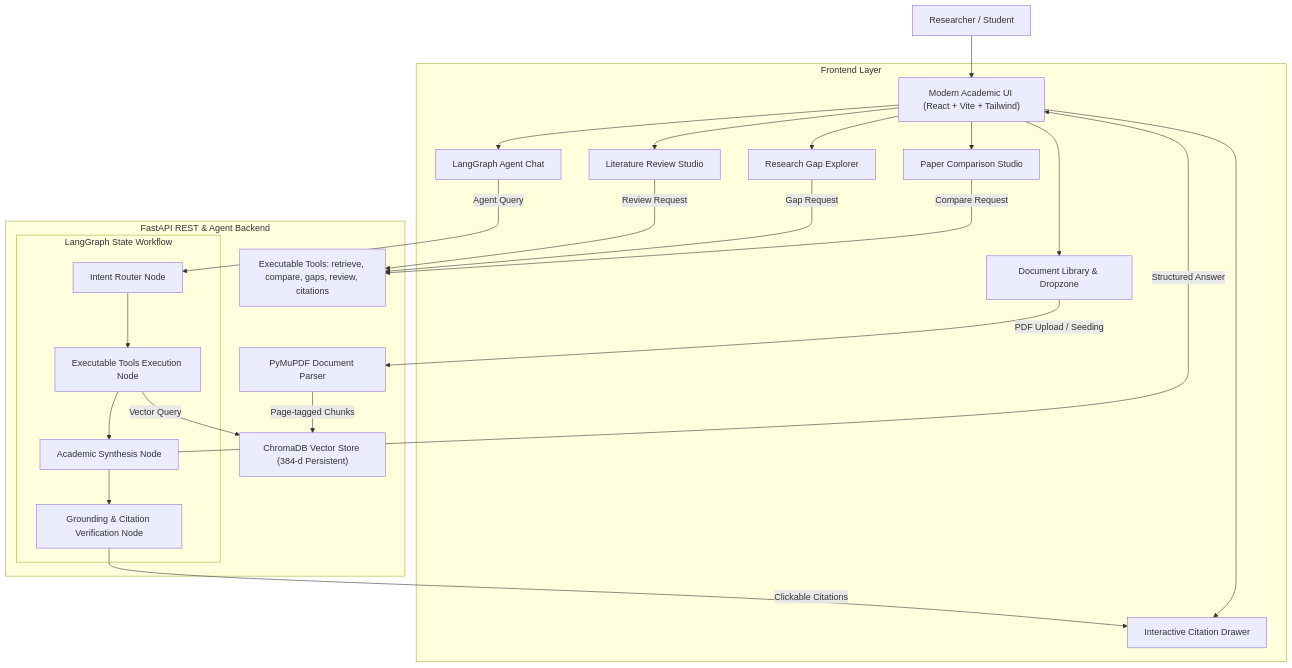
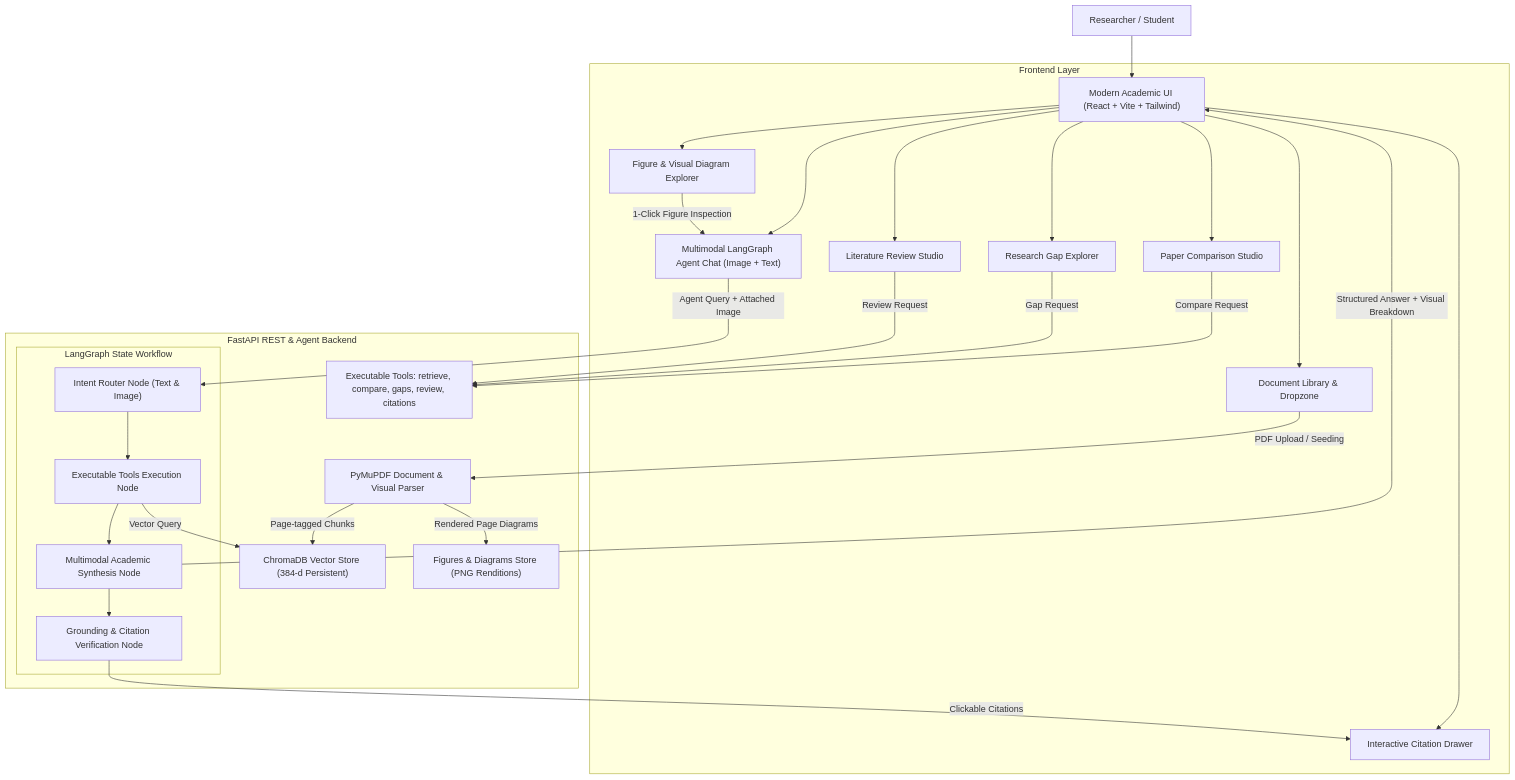
Before and after one commit to riya-2617/research_mind: the diagram in README.md, drawn with Mermaid. The commit also changed other lines of this file and 59 other files, not shown here.

Commit message:
feat: Add native multimodal visual reasoning, figure explorer, and diagram analysis

````diff
--- a/README.md
+++ b/README.md
@@ -56,36 +62,40 @@
 ```mermaid
 flowchart TD
     User["Researcher / Student"] --> UI["Modern Academic UI (React + Vite + Tailwind)"]
     
     subgraph Frontend["Frontend Layer"]
         UI --> Lib["Document Library & Dropzone"]
-        UI --> Chat["LangGraph Agent Chat"]
+        UI --> Chat["Multimodal LangGraph Agent Chat (Image + Text)"]
+        UI --> Fig["Figure & Visual Diagram Explorer"]
         UI --> Comp["Paper Comparison Studio"]
         UI --> Gap["Research Gap Explorer"]
         UI --> Rev["Literature Review Studio"]
         UI --> Drawer["Interactive Citation Drawer"]
     end
 
     subgraph Backend["FastAPI REST & Agent Backend"]
-        PDF["PyMuPDF Document Parser"]
+        PDF["PyMuPDF Document & Visual Parser"]
         Vector["ChromaDB Vector Store (384-d Persistent)"]
+        Figures["Figures & Diagrams Store (PNG Renditions)"]
         
         subgraph LangGraphAgent["LangGraph State Workflow"]
-            Router["Intent Router Node"] --> ToolExec["Executable Tools Execution Node"]
-            ToolExec --> Synthesis["Academic Synthesis Node"]
+            Router["Intent Router Node (Text & Image)"] --> ToolExec["Executable Tools Execution Node"]
+            ToolExec --> Synthesis["Multimodal Academic Synthesis Node"]
             Synthesis --> Verifier["Grounding & Citation Verification Node"]
         end
 
         Tools["Executable Tools: retrieve, compare, gaps, review, citations"]
     end
 
     Lib -->|PDF Upload / Seeding| PDF
     PDF -->|Page-tagged Chunks| Vector
-    Chat -->|Agent Query| Router
+    PDF -->|Rendered Page Diagrams| Figures
+    Chat -->|Agent Query + Attached Image| Router
+    Fig -->|1-Click Figure Inspection| Chat
     Comp -->|Compare Request| Tools
     Gap -->|Gap Request| Tools
     Rev -->|Review Request| Tools
     ToolExec -->|Vector Query| Vector
-    Synthesis -->|Structured Answer| UI
+    Synthesis -->|Structured Answer + Visual Breakdown| UI
     Verifier -->|Clickable Citations| Drawer
 ```
````
